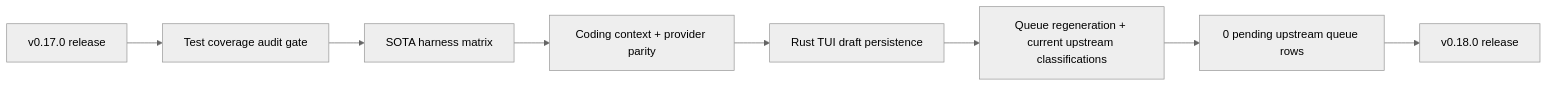
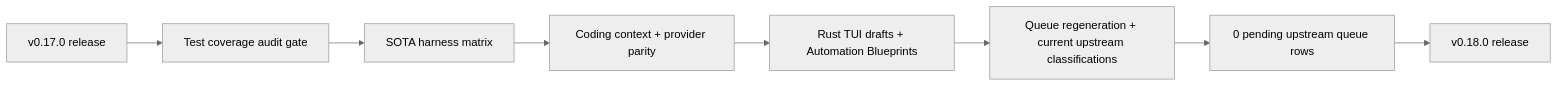
The diagram in docs/releases/v0.18.0.md (sheawinkler/hermes-agent-ultra), drawn with Mermaid (neutral theme) before and after one commit. The commit also changed other lines of this file and 28 other files, not shown here.

````diff
--- a/docs/releases/v0.18.0.md
+++ b/docs/releases/v0.18.0.md
@@ -9,10 +9,10 @@
 ```mermaid
 flowchart LR
     A[v0.17.0 release] --> B[Test coverage audit gate]
     B --> C[SOTA harness matrix]
     C --> D[Coding context + provider parity]
-    D --> E[Rust TUI draft persistence]
+    D --> E[Rust TUI drafts + Automation Blueprints]
     E --> F[Queue regeneration + current upstream classifications]
     F --> G[0 pending upstream queue rows]
     G --> H[v0.18.0 release]
 ```
````
